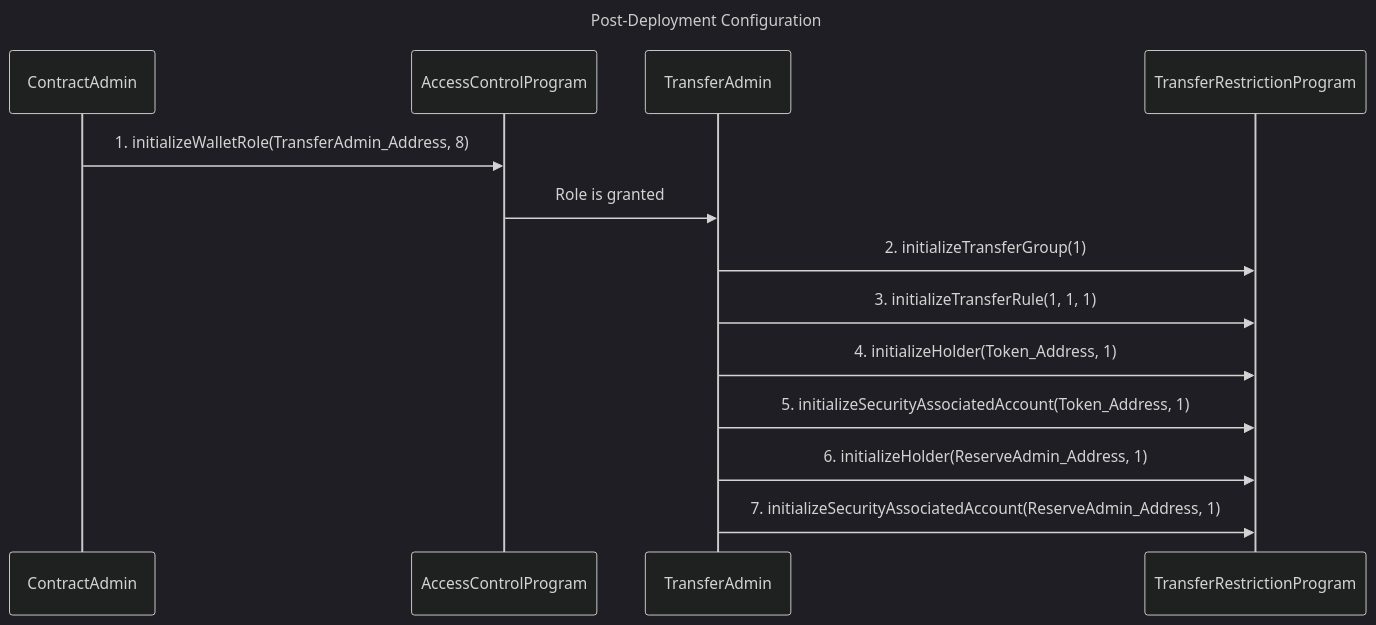
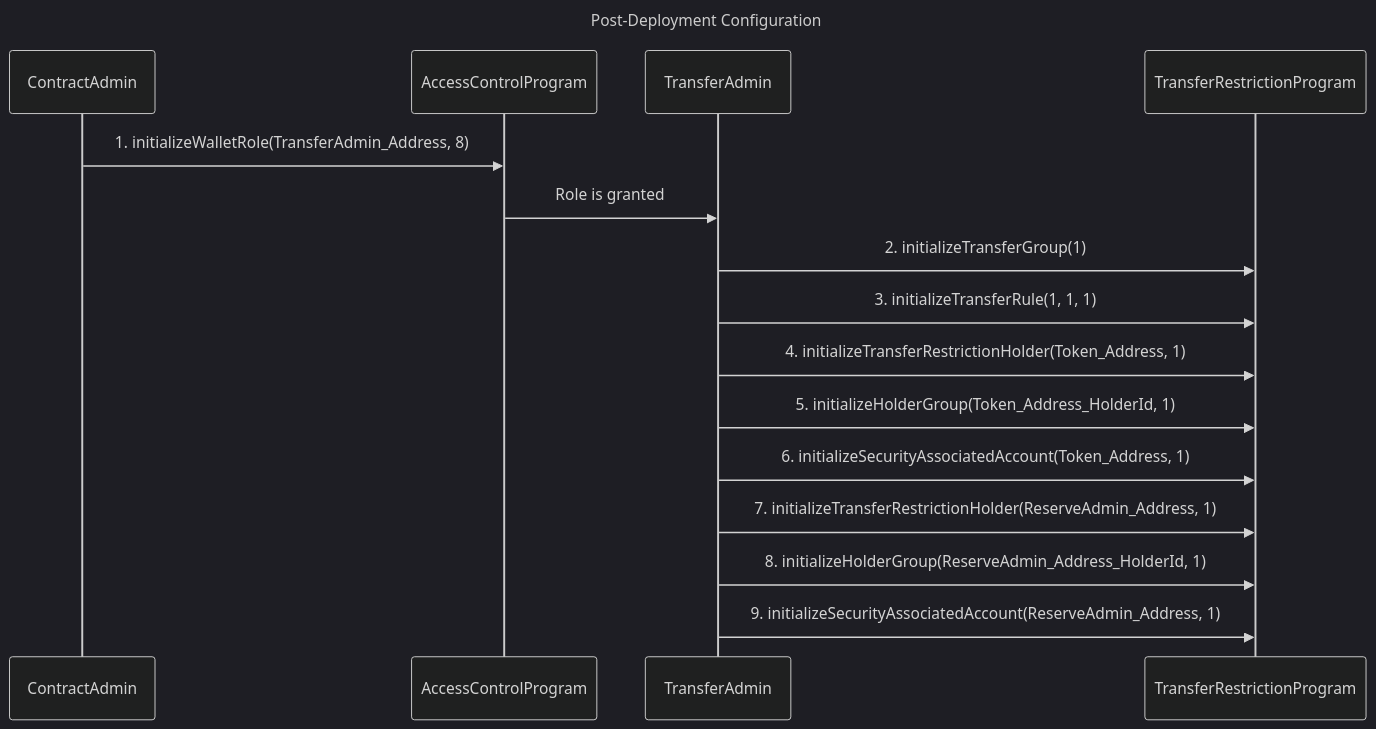
One commit to CoMakery/solana-security-token changed the fifth of 5 diagrams in README.md. Above: the diagram before and after it, drawn with Mermaid (dark theme). The commit also changed other lines of this file and 55 other files, not shown here.

````diff
--- a/README.md
+++ b/README.md
@@ -611,12 +680,14 @@
 ```mermaid
 sequenceDiagram
 Title: Post-Deployment Configuration
   ContractAdmin->>AccessControlProgram: 1. initializeWalletRole(TransferAdmin_Address, 8)
   AccessControlProgram->>TransferAdmin: Role is granted
   TransferAdmin->>TransferRestrictionProgram: 2. initializeTransferGroup(1)
   TransferAdmin->>TransferRestrictionProgram: 3. initializeTransferRule(1, 1, 1)
-  TransferAdmin->>TransferRestrictionProgram: 4. initializeHolder(Token_Address, 1)
-  TransferAdmin->>TransferRestrictionProgram: 5. initializeSecurityAssociatedAccount(Token_Address, 1)
-  TransferAdmin->>TransferRestrictionProgram: 6. initializeHolder(ReserveAdmin_Address, 1)
-  TransferAdmin->>TransferRestrictionProgram: 7. initializeSecurityAssociatedAccount(ReserveAdmin_Address, 1)
+  TransferAdmin->>TransferRestrictionProgram: 4. initializeTransferRestrictionHolder(Token_Address, 1)
+  TransferAdmin->>TransferRestrictionProgram: 5. initializeHolderGroup(Token_Address_HolderId, 1)
+  TransferAdmin->>TransferRestrictionProgram: 6. initializeSecurityAssociatedAccount(Token_Address, 1)
+  TransferAdmin->>TransferRestrictionProgram: 7. initializeTransferRestrictionHolder(ReserveAdmin_Address, 1)
+  TransferAdmin->>TransferRestrictionProgram: 8. initializeHolderGroup(ReserveAdmin_Address_HolderId, 1)
+  TransferAdmin->>TransferRestrictionProgram: 9. initializeSecurityAssociatedAccount(ReserveAdmin_Address, 1)
 ```
````
